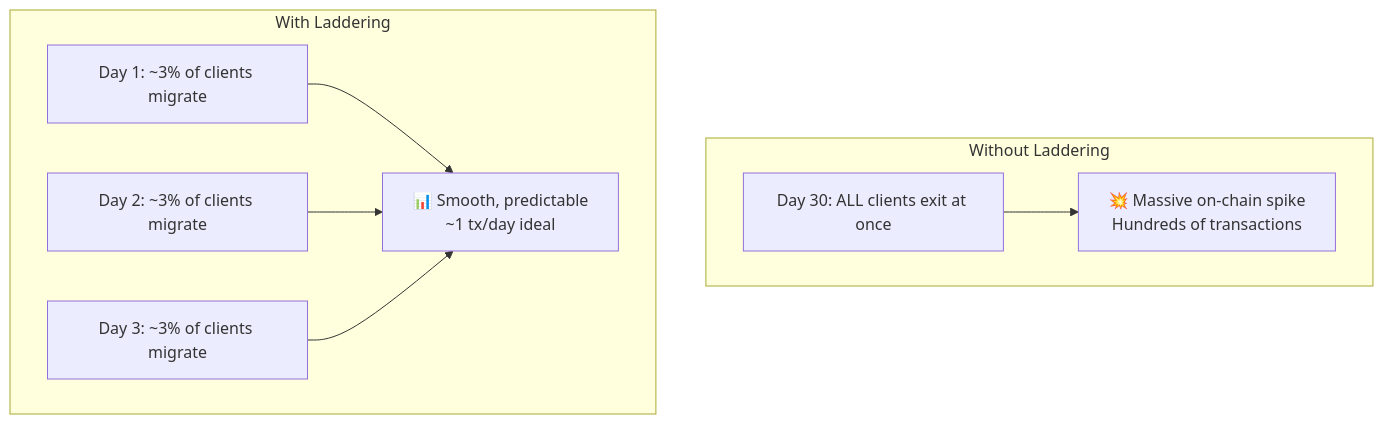
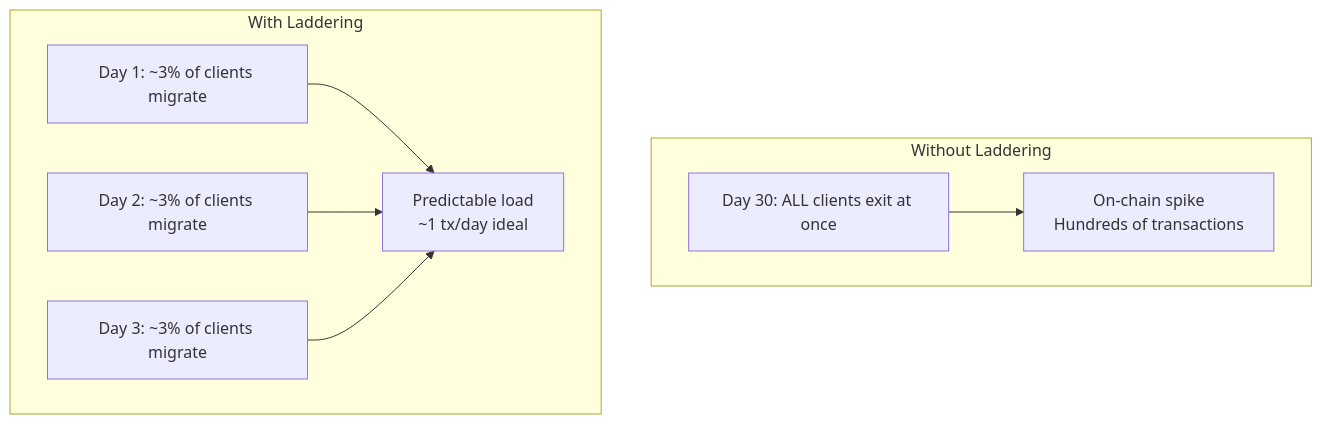
The fourth of 4 diagrams in core-concepts/laddering.md (8144225309/superscalar-docs), drawn with Mermaid before and after one commit. The commit also changed other lines of this file and 31 other files, not shown here.

````diff
--- a/core-concepts/laddering.md
+++ b/core-concepts/laddering.md
@@ -113,16 +114,16 @@
 ```mermaid
 graph TD
     subgraph "Without Laddering"
         W1["Day 30: ALL clients exit at once"]
-        W1 --> W2["💥 Massive on-chain spike<br/>Hundreds of transactions"]
+        W1 --> W2["On-chain spike<br/>Hundreds of transactions"]
     end
 
     subgraph "With Laddering"
         L1["Day 1: ~3% of clients migrate"]
         L2["Day 2: ~3% of clients migrate"]
         L3["Day 3: ~3% of clients migrate"]
-        L1 --> LS["📊 Smooth, predictable<br/>~1 tx/day ideal"]
+        L1 --> LS["Predictable load<br/>~1 tx/day ideal"]
         L2 --> LS
         L3 --> LS
     end
 ```
````
